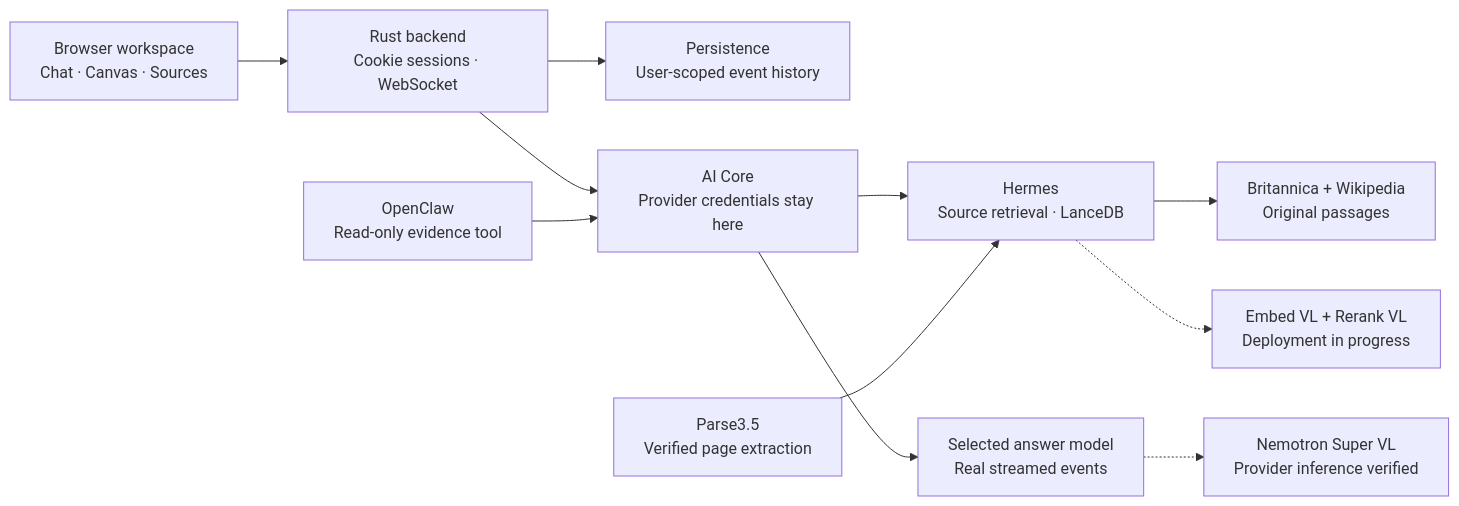
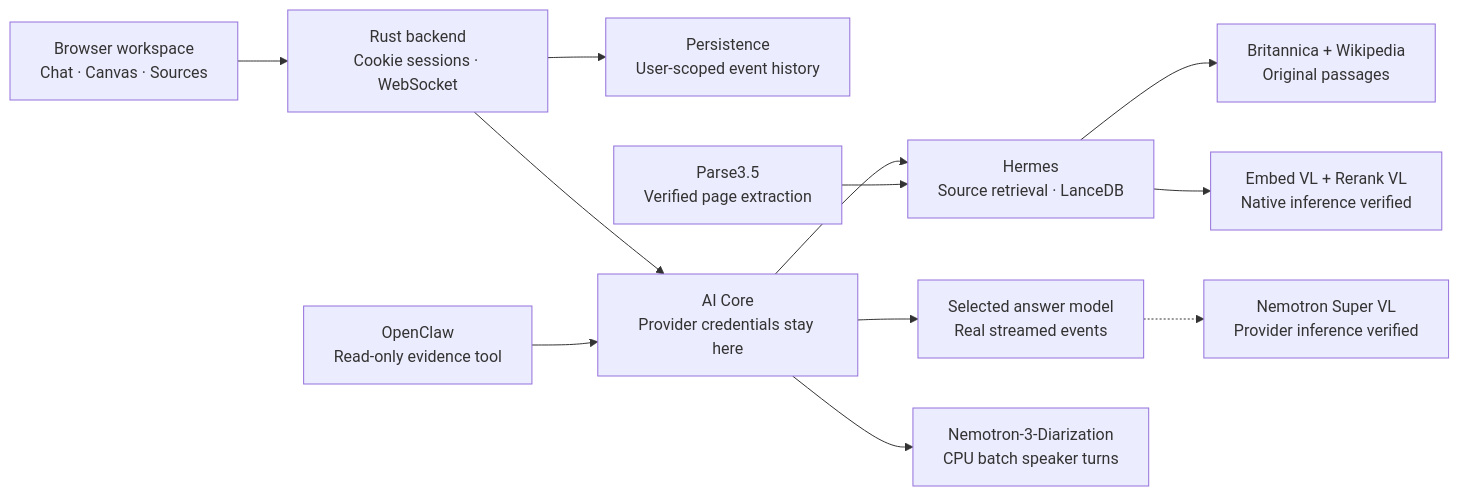
Before and after one commit to 20261018-hack-DE-BE-BER-Nebius/tomi-web: the diagram in public/deck/architecture.mmd, drawn with Mermaid. The commit also changed 2 other files, not shown here.

Commit message:
Docs ( Architecture ) Describe the verified NVIDIA model pipeline ( JO202610182017 )

```diff
--- a/public/deck/architecture.mmd
+++ b/public/deck/architecture.mmd
@@ -1,11 +1,12 @@
 flowchart LR
   U["Browser workspace<br/>Chat · Canvas · Sources"] --> B["Rust backend<br/>Cookie sessions · WebSocket"]
   B --> D["Persistence<br/>User-scoped event history"]
   B --> C["AI Core<br/>Provider credentials stay here"]
   C --> H["Hermes<br/>Source retrieval · LanceDB"]
   P["Parse3.5<br/>Verified page extraction"] --> H
   H --> W["Britannica + Wikipedia<br/>Original passages"]
   C --> A["Selected answer model<br/>Real streamed events"]
-  H -.-> E["Embed VL + Rerank VL<br/>Deployment in progress"]
+  H --> E["Embed VL + Rerank VL<br/>Native inference verified"]
   A -.-> N["Nemotron Super VL<br/>Provider inference verified"]
+  C --> T["Nemotron-3-Diarization<br/>CPU batch speaker turns"]
   O["OpenClaw<br/>Read-only evidence tool"] --> C
```
